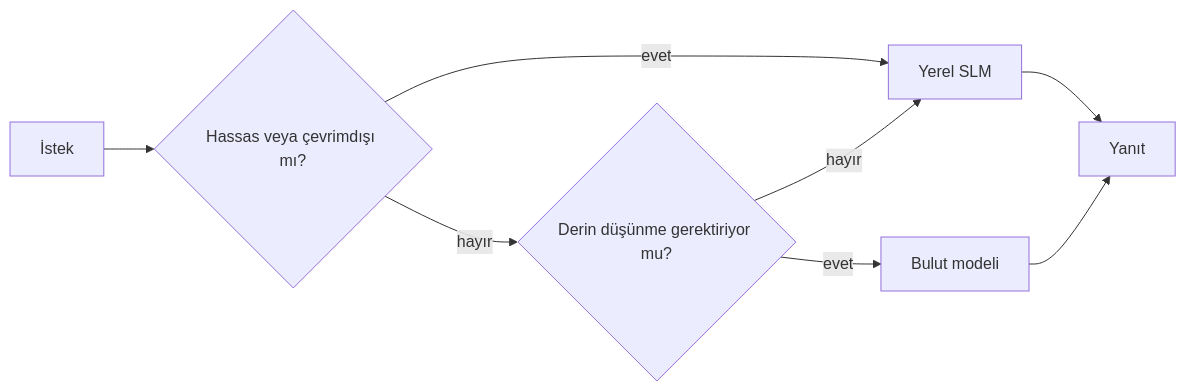
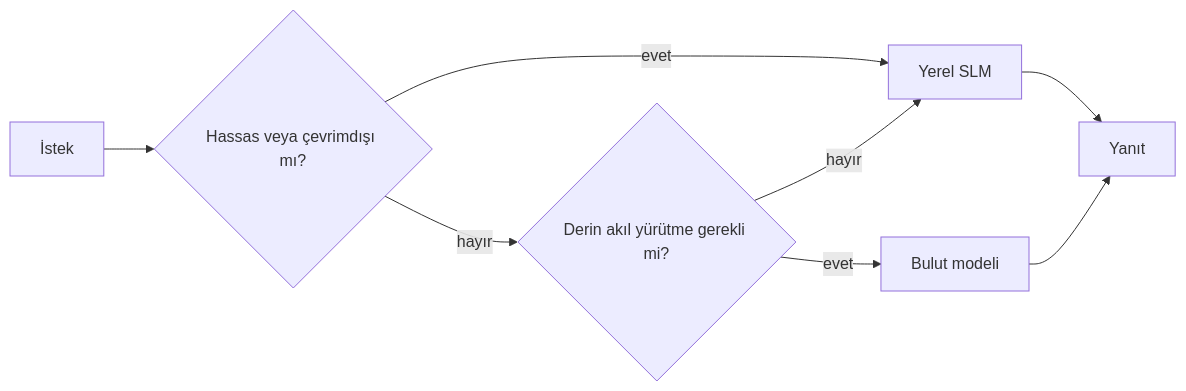
Before and after one commit to microsoft/ai-agents-for-beginners: the fourth of 4 diagrams in translations/tr/17-creating-local-ai-agents/README.md, drawn with Mermaid. The commit also changed other lines of this file and 47 other files, not shown here.

````diff
--- a/translations/tr/17-creating-local-ai-agents/README.md
+++ b/translations/tr/17-creating-local-ai-agents/README.md
@@ -156,10 +156,10 @@
 ```mermaid
 flowchart LR
     Q[İstek] --> S{Hassas veya çevrimdışı mı?}
     S -->|evet| L[Yerel SLM]
-    S -->|hayır| C{Derin düşünme gerektiriyor mu?}
+    S -->|hayır| C{Derin akıl yürütme gerekli mi?}
     C -->|hayır| L
     C -->|evet| Cloud[Bulut modeli]
     L --> Out[Yanıt]
     Cloud --> Out
 ```
````
